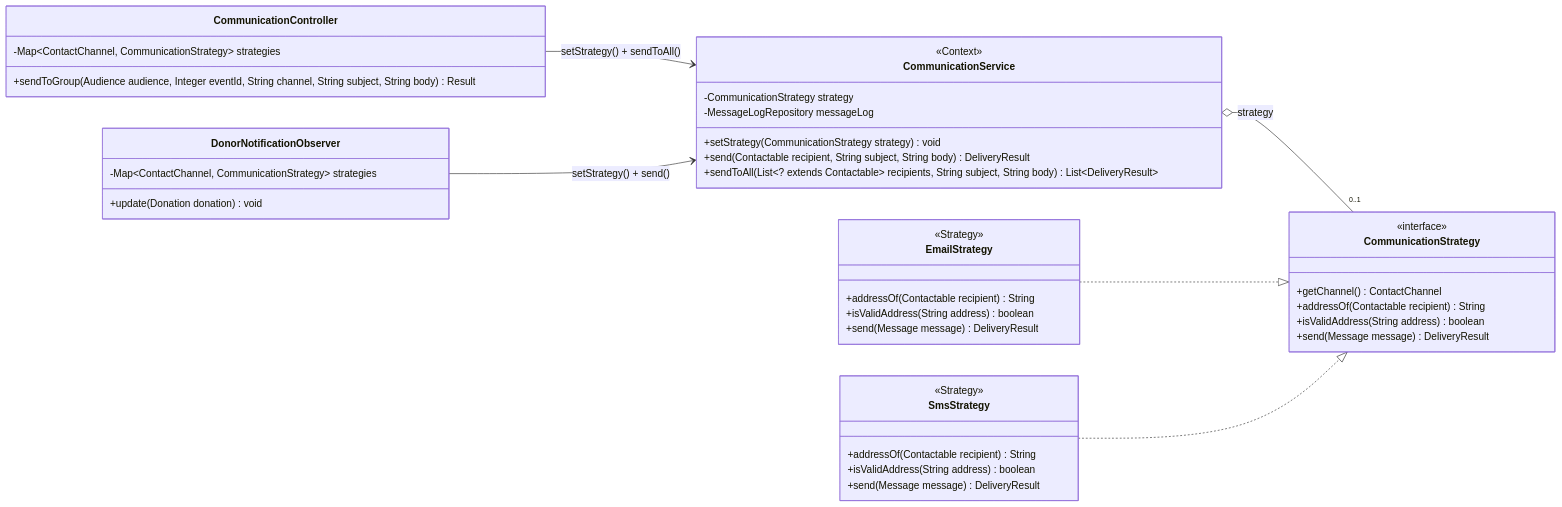
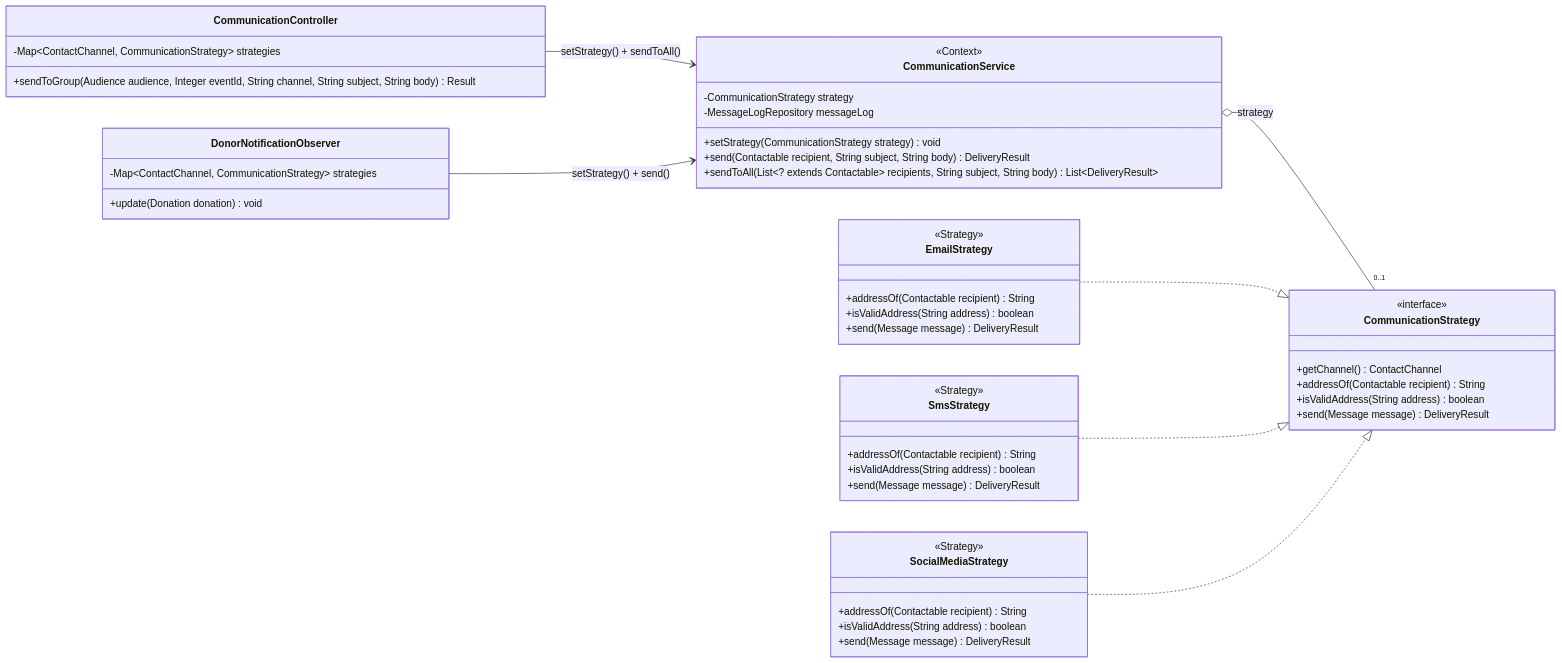
Before and after one commit to Abdallah1707/Ripple: the second of 7 diagrams in docs/class-diagram.md, drawn with Mermaid. The commit also changed other lines of this file and 30 other files, not shown here.

Commit message:
added social media as a communication strategy

````diff
--- a/docs/class-diagram.md
+++ b/docs/class-diagram.md
@@ -962,44 +976,51 @@
 ```mermaid
 classDiagram
 direction LR
 class CommunicationService {
     <<Context>>
     -CommunicationStrategy strategy
     -MessageLogRepository messageLog
     +setStrategy(CommunicationStrategy strategy) void
     +send(Contactable recipient, String subject, String body) DeliveryResult
     +sendToAll(List~? extends Contactable~ recipients, String subject, String body) List~DeliveryResult~
 }
 class CommunicationStrategy {
     <<interface>>
     +getChannel() ContactChannel
     +addressOf(Contactable recipient) String
     +isValidAddress(String address) boolean
     +send(Message message) DeliveryResult
 }
 class EmailStrategy {
     <<Strategy>>
     +addressOf(Contactable recipient) String
     +isValidAddress(String address) boolean
     +send(Message message) DeliveryResult
 }
 class SmsStrategy {
     <<Strategy>>
     +addressOf(Contactable recipient) String
     +isValidAddress(String address) boolean
     +send(Message message) DeliveryResult
 }
+class SocialMediaStrategy {
+    <<Strategy>>
+    +addressOf(Contactable recipient) String
+    +isValidAddress(String address) boolean
+    +send(Message message) DeliveryResult
+}
 class CommunicationController {
     -Map~ContactChannel, CommunicationStrategy~ strategies
     +sendToGroup(Audience audience, Integer eventId, String channel, String subject, String body) Result
 }
 class DonorNotificationObserver {
     -Map~ContactChannel, CommunicationStrategy~ strategies
     +update(Donation donation) void
 }
 CommunicationService o-- "0..1" CommunicationStrategy : strategy
 EmailStrategy ..|> CommunicationStrategy
 SmsStrategy ..|> CommunicationStrategy
+SocialMediaStrategy ..|> CommunicationStrategy
 CommunicationController --> CommunicationService : setStrategy() + sendToAll()
 DonorNotificationObserver --> CommunicationService : setStrategy() + send()
 ```
````
